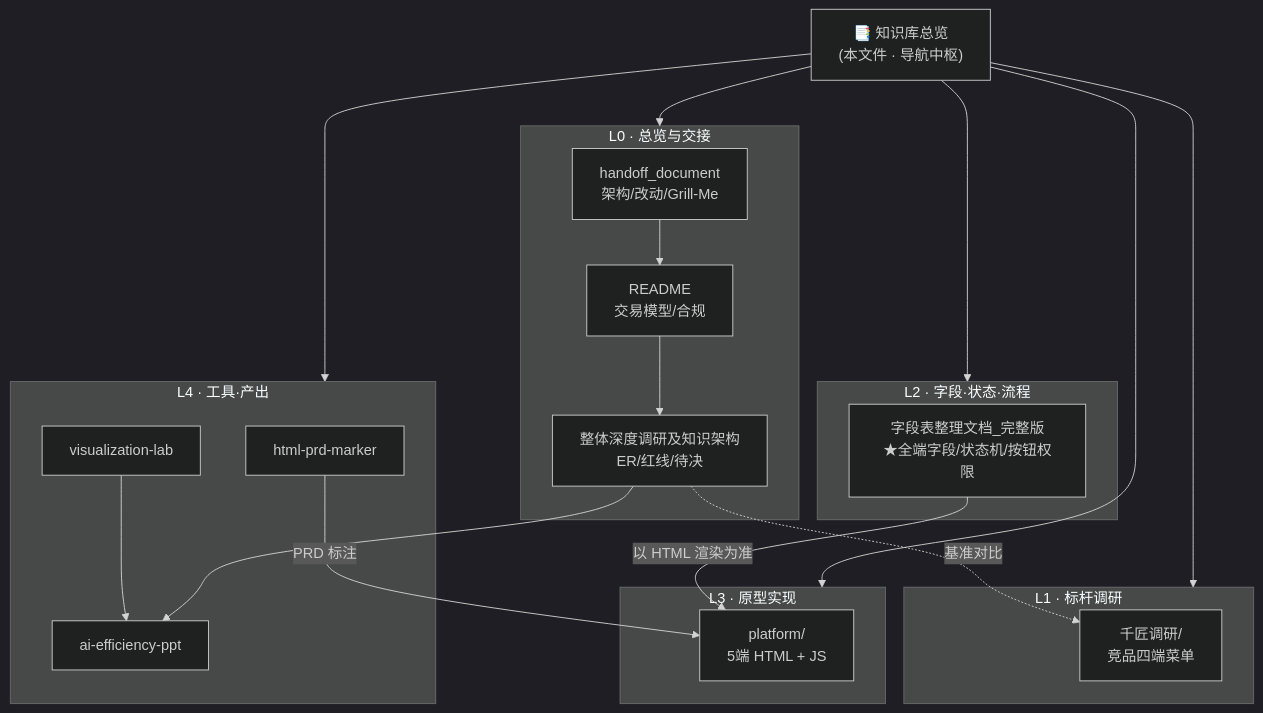
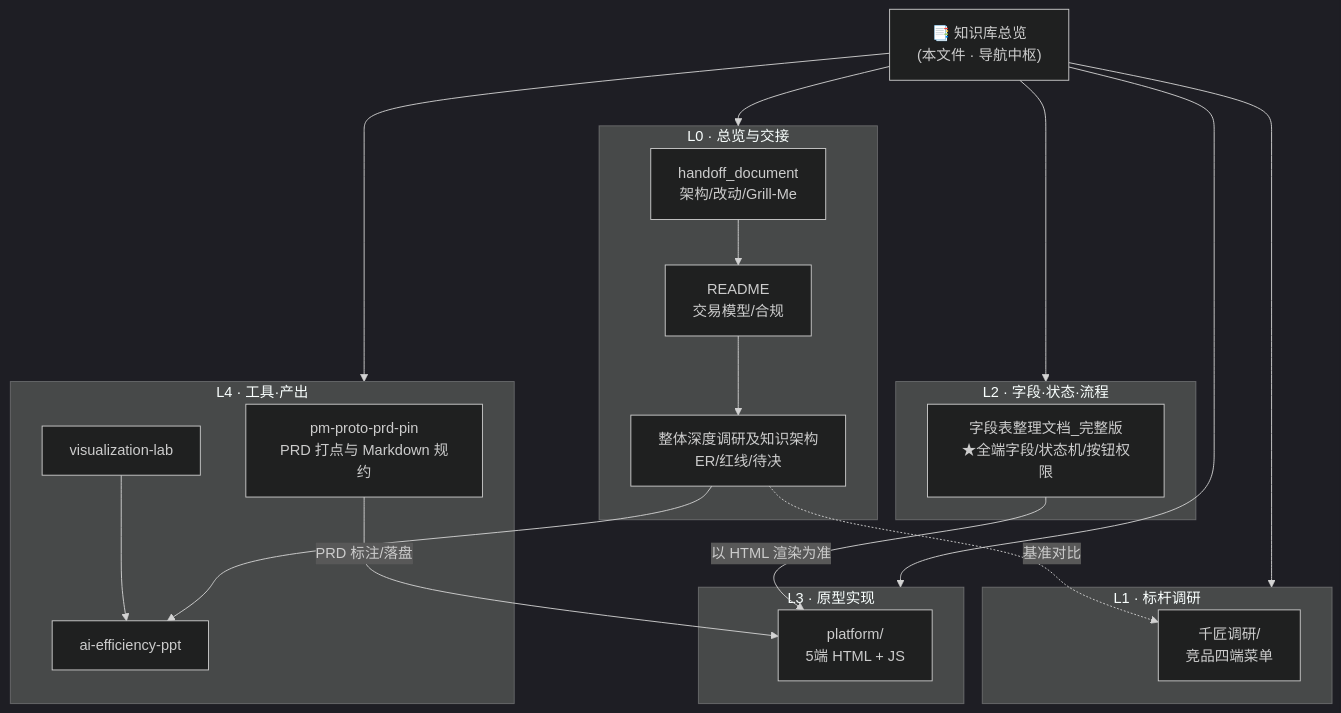
Before and after one commit to barry0-0/sahngliu: the first of 4 diagrams in 知识库总览.md, drawn with Mermaid (dark theme). The commit also changed other lines of this file and 17 other files, not shown here.

````diff
--- a/知识库总览.md
+++ b/知识库总览.md
@@ -60,30 +60,30 @@
 ```mermaid
 graph TB
     KB["📑 知识库总览<br/>(本文件 · 导航中枢)"]
     subgraph L0["L0 · 总览与交接"]
         HO["handoff_document<br/>架构/改动/Grill-Me"]
         RD["README<br/>交易模型/合规"]
         RS["整体深度调研及知识架构<br/>ER/红线/待决"]
     end
     subgraph L1["L1 · 标杆调研"]
         QJ["千匠调研/<br/>竞品四端菜单"]
     end
     subgraph L2["L2 · 字段·状态·流程"]
         FD["字段表整理文档_完整版<br/>★全端字段/状态机/按钮权限"]
     end
     subgraph L3["L3 · 原型实现"]
         PF["platform/<br/>5端 HTML + JS"]
     end
     subgraph L4["L4 · 工具·产出"]
-        MK["html-prd-marker"]
+        MK["pm-proto-prd-pin<br/>PRD 打点与 Markdown 规约"]
         VL["visualization-lab"]
         PP["ai-efficiency-ppt"]
     end
     KB --> L0 & L1 & L2 & L3 & L4
     HO --> RD --> RS
     RS -. 基准对比 .-> QJ
     FD -->|"以 HTML 渲染为准"| PF
-    MK -->|"PRD 标注"| PF
+    MK -->|"PRD 标注/落盘"| PF
     VL --> PP
     RS --> PP
 ```
````
